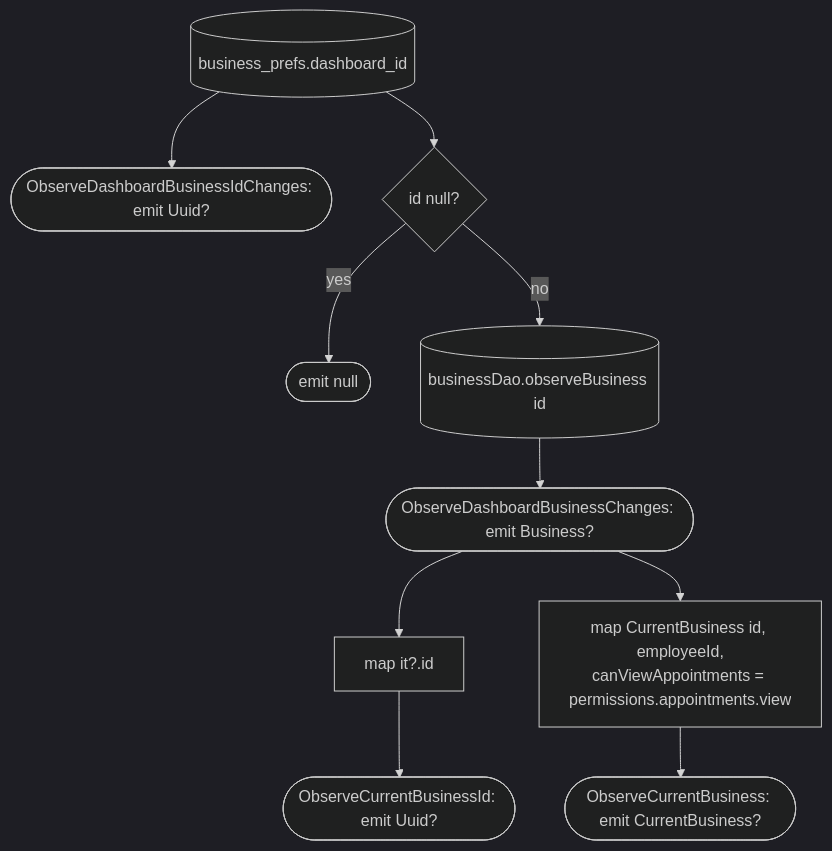
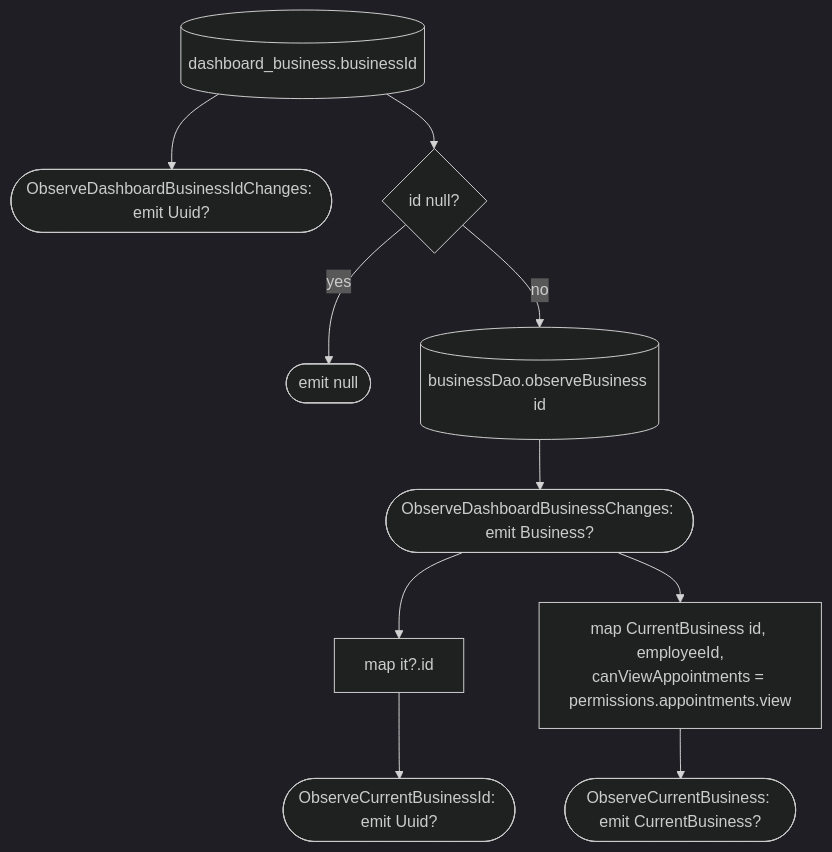
One commit to nocturneproperties/bookkme-client changed the diagram in docs/operations/business/observe-dashboard-business-changes.md. Above: the diagram before and after it, drawn with Mermaid (dark theme). The commit also changed other lines of this file and 32 other files, not shown here.

````diff
--- a/docs/operations/business/observe-dashboard-business-changes.md
+++ b/docs/operations/business/observe-dashboard-business-changes.md
@@ -20,12 +20,12 @@
 ```mermaid
 flowchart TD
-    Id[(business_prefs.dashboard_id)] --> A([ObserveDashboardBusinessIdChanges: emit Uuid?])
+    Id[(dashboard_business.businessId)] --> A([ObserveDashboardBusinessIdChanges: emit Uuid?])
     Id --> Flat{id null?}
     Flat -- yes --> NB([emit null])
     Flat -- no --> Row[(businessDao.observeBusiness id)]
     Row --> B([ObserveDashboardBusinessChanges: emit Business?])
     B --> Map[map it?.id]
     Map --> C([ObserveCurrentBusinessId: emit Uuid?])
     B --> MapEmp[map CurrentBusiness id, employeeId,<br/>canViewAppointments = permissions.appointments.view]
     MapEmp --> D([ObserveCurrentBusiness: emit CurrentBusiness?])
 ```
````
